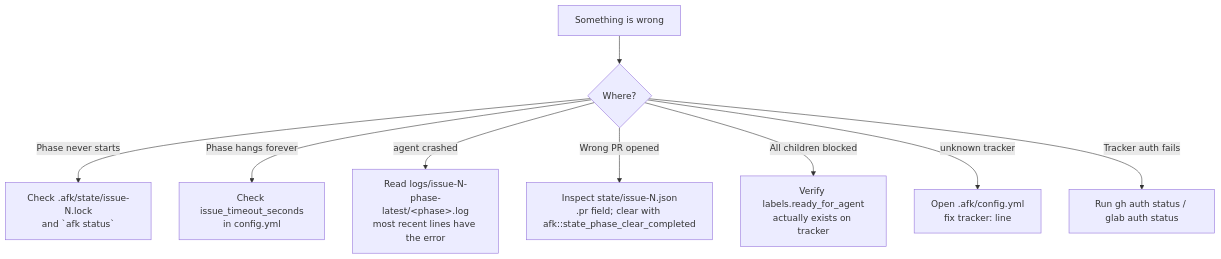
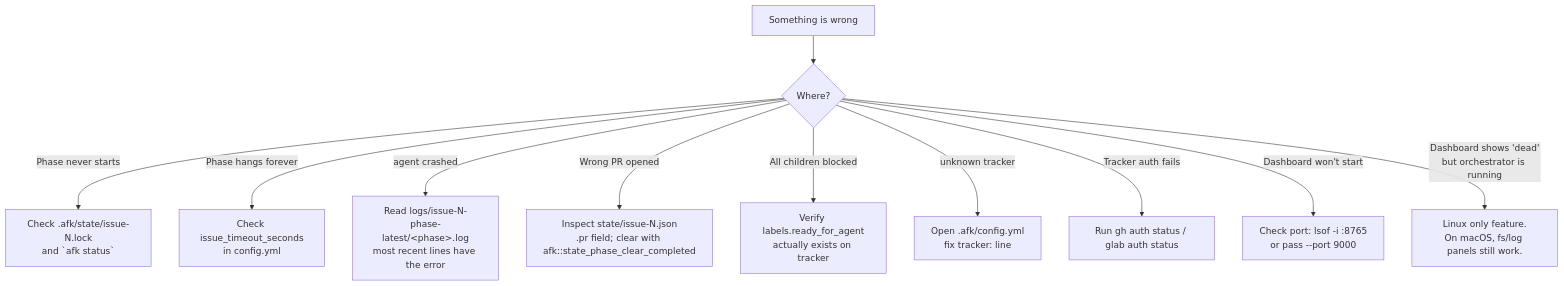
The third of 3 diagrams in docs/EXTENDING.md (Mo-Tamim/afk-agent), drawn with Mermaid before and after one commit. The commit also changed other lines of this file and 14 other files, not shown here.

First line of the commit message:
docs: align prompts/.md with dashboard + telemetry, enrich with mermaid

````diff
--- a/docs/EXTENDING.md
+++ b/docs/EXTENDING.md
@@ -143,12 +208,14 @@
 ```mermaid
 flowchart TD
   Issue[Something is wrong] --> Where{Where?}
 
   Where -->|Phase never starts| Lock[Check .afk/state/issue-N.lock<br/>and `afk status`]
   Where -->|Phase hangs forever| Timeout[Check issue_timeout_seconds<br/>in config.yml]
   Where -->|"agent crashed"| Log[Read logs/issue-N-phase-latest/&lt;phase&gt;.log<br/>most recent lines have the error]
   Where -->|Wrong PR opened| State[Inspect state/issue-N.json<br/>.pr field; clear with afk::state_phase_clear_completed]
   Where -->|All children blocked| Labels[Verify labels.ready_for_agent<br/>actually exists on tracker]
   Where -->|"unknown tracker"| Cfg[Open .afk/config.yml<br/>fix tracker: line]
   Where -->|Tracker auth fails| Auth[Run gh auth status / glab auth status]
+  Where -->|Dashboard won't start| Dash1[Check port: lsof -i :8765<br/>or pass --port 9000]
+  Where -->|Dashboard shows 'dead'<br/>but orchestrator is running| Dash2[Linux only feature.<br/>On macOS, fs/log panels still work.]
 ```
````
